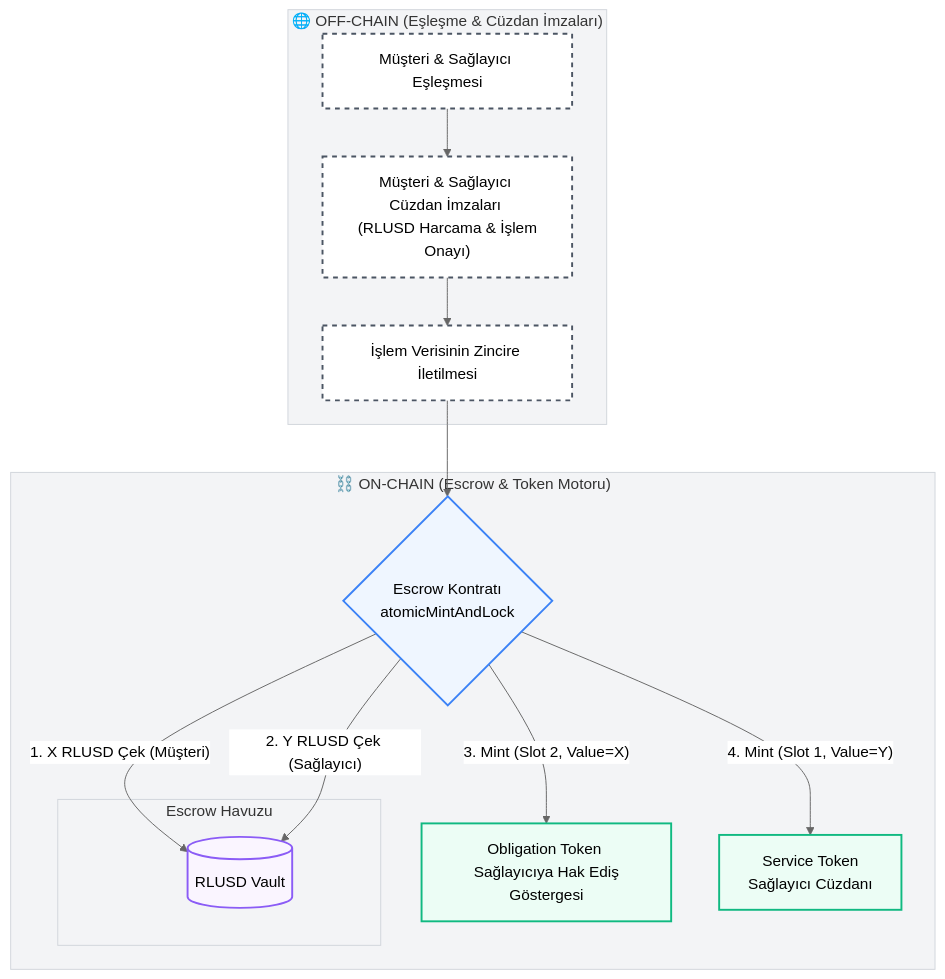
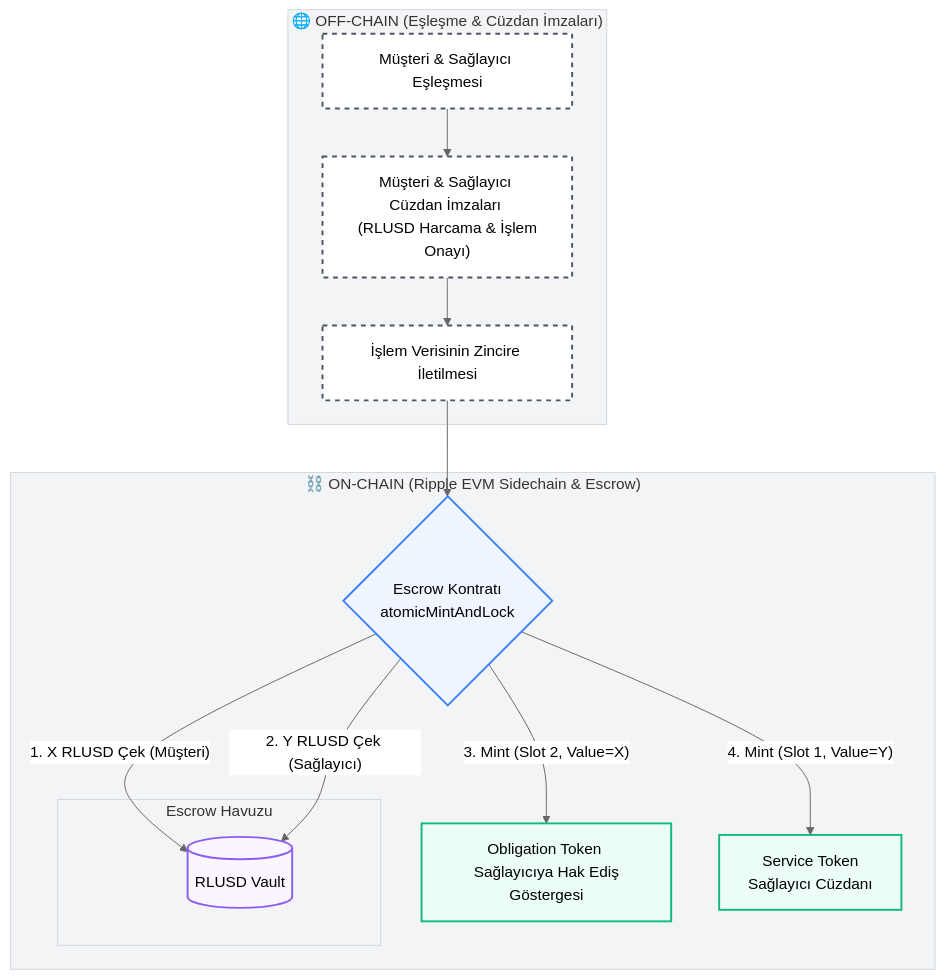
The first of 4 diagrams in README.md (emirrmk/escrow-flow-diagrams), drawn with Mermaid before and after one commit. The commit also changed other lines of this file, not shown here.

Commit message:
Add ERC-3525 and Ripple EVM Sidechain details to README

````diff
--- a/README.md
+++ b/README.md
@@ -16,28 +19,28 @@
 ```mermaid
 %%{init: {'theme': 'neutral', 'themeVariables': { 'primaryColor': '#f9fafb', 'edgeLabelBackground':'#ffffff', 'clusterBkg':'#f3f4f6', 'clusterBorder':'#d1d5db'}}}%%
 graph TD
     %% Sınıf Tanımları
     classDef offChainNode fill:#ffffff,stroke:#4b5563,stroke-width:2px,stroke-dasharray: 5 5;
     classDef onChainNode fill:#eff6ff,stroke:#3b82f6,stroke-width:2px;
     classDef tokenNode fill:#ecfdf5,stroke:#10b981,stroke-width:2px;
     classDef databaseNode fill:#faf5ff,stroke:#8b5cf6,stroke-width:2px;
 
     subgraph OffChain ["🌐 OFF-CHAIN (Eşleşme & Cüzdan İmzaları)"]
         A["Müşteri & Sağlayıcı Eşleşmesi"]:::offChainNode --> B["Müşteri & Sağlayıcı Cüzdan İmzaları <br> (RLUSD Harcama & İşlem Onayı)"]:::offChainNode
         B --> C["İşlem Verisinin Zincire İletilmesi"]:::offChainNode
     end
 
-    subgraph OnChain ["⛓️ ON-CHAIN (Escrow & Token Motoru)"]
+    subgraph OnChain ["⛓️ ON-CHAIN (Ripple EVM Sidechain & Escrow)"]
         C --> D{Escrow Kontratı <br> atomicMintAndLock}:::onChainNode
         
         subgraph Vault ["Escrow Havuzu"]
             Pool[("RLUSD Vault")]:::databaseNode
         end
         
         D -- "1. X RLUSD Çek (Müşteri)" --> Pool
         D -- "2. Y RLUSD Çek (Sağlayıcı)" --> Pool
         
         D -- "3. Mint (Slot 2, Value=X)" --> OT["Obligation Token <br> Sağlayıcıya Hak Ediş Göstergesi"]:::tokenNode
         D -- "4. Mint (Slot 1, Value=Y)" --> ST["Service Token <br> Sağlayıcı Cüzdanı"]:::tokenNode
     end
 ```
````
